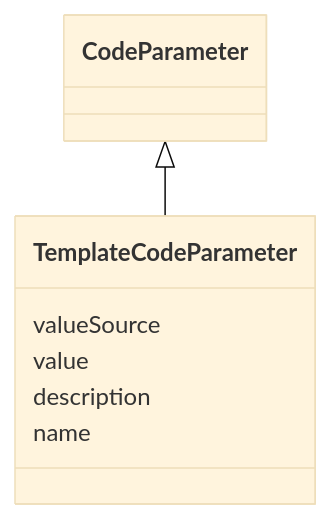
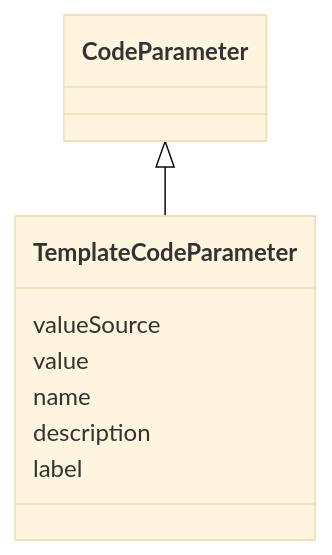
The diagram in project/docs/TemplateCodeParameter.md (cdisc-org/analysis-results-standard), drawn with Mermaid (base theme) before and after one commit. The commit also changed other lines of this file and 132 other files, not shown here.

````diff
--- a/project/docs/TemplateCodeParameter.md
+++ b/project/docs/TemplateCodeParameter.md
@@ -13,11 +13,12 @@
 ```mermaid
  classDiagram
     class TemplateCodeParameter
       CodeParameter <|-- TemplateCodeParameter
 
       TemplateCodeParameter : valueSource
         TemplateCodeParameter : value
+        TemplateCodeParameter : name
         TemplateCodeParameter : description
-        TemplateCodeParameter : name
+        TemplateCodeParameter : label
         
 ```
````
